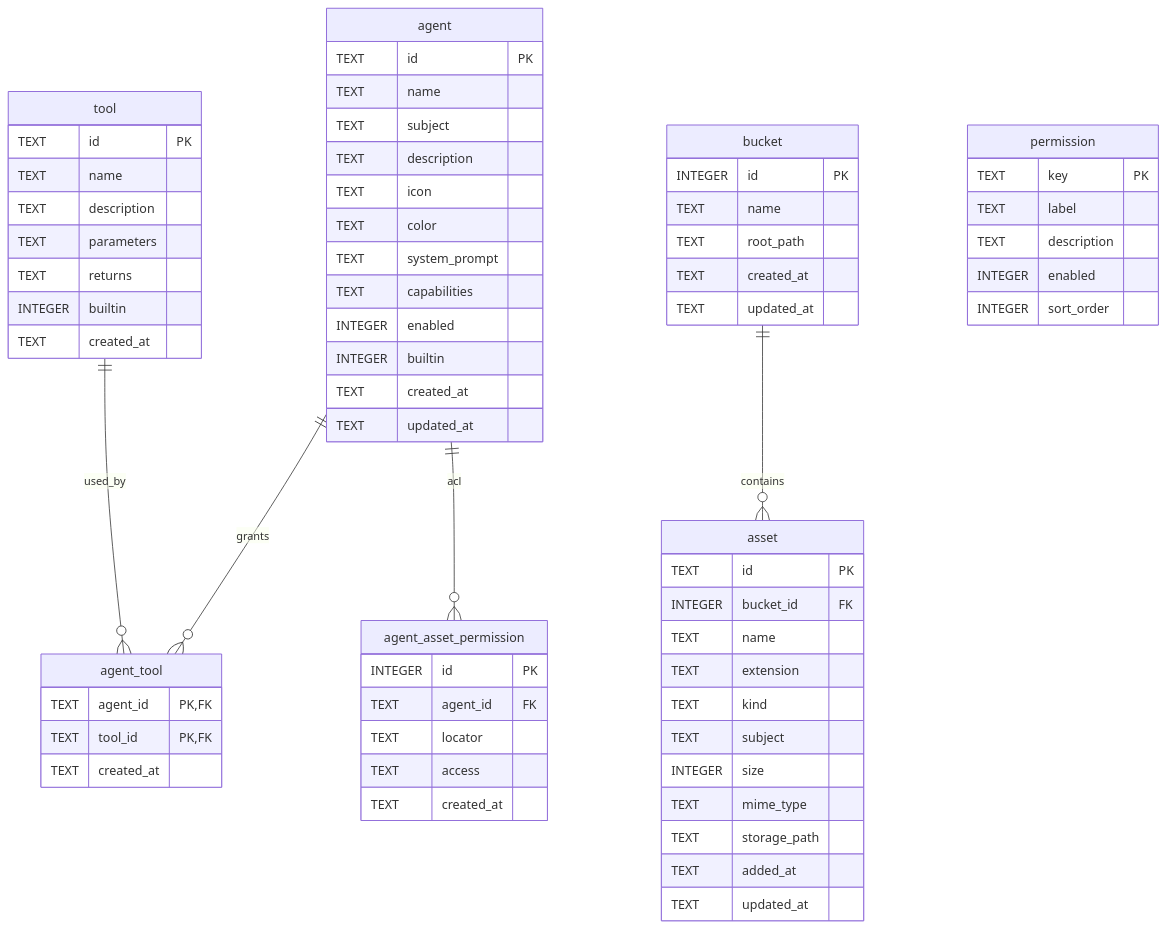
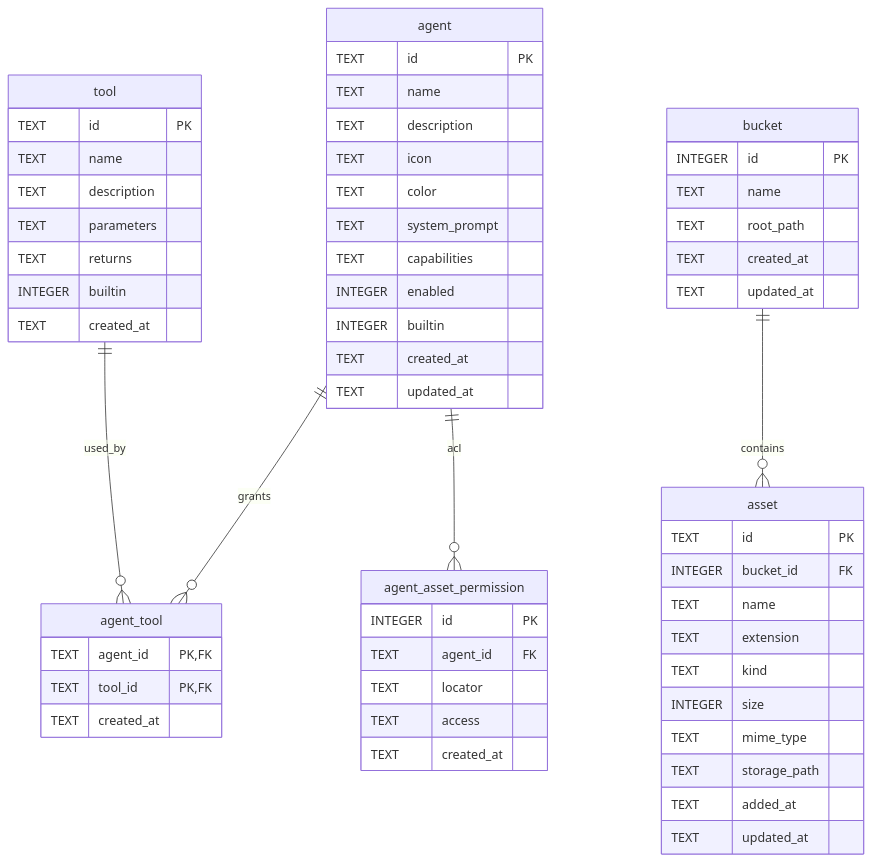
One commit to lzpoupl/LearningAgent changed the diagram in docs/agent_module_design.md. Above: the diagram before and after it, drawn with Mermaid. The commit also changed other lines of this file and 3 other files, not shown here.

````diff
--- a/docs/agent_module_design.md
+++ b/docs/agent_module_design.md
@@ -69,70 +73,61 @@
 ```mermaid
 erDiagram
     agent ||--o{ agent_tool : grants
     tool  ||--o{ agent_tool : used_by
     agent ||--o{ agent_asset_permission : acl
     bucket ||--o{ asset : contains
 
     agent {
         TEXT id PK
         TEXT name
-        TEXT subject
         TEXT description
         TEXT icon
         TEXT color
         TEXT system_prompt
         TEXT capabilities
         INTEGER enabled
         INTEGER builtin
         TEXT created_at
         TEXT updated_at
     }
     tool {
         TEXT id PK
         TEXT name
         TEXT description
         TEXT parameters
         TEXT returns
         INTEGER builtin
         TEXT created_at
     }
     agent_tool {
         TEXT agent_id PK,FK
         TEXT tool_id PK,FK
         TEXT created_at
     }
     agent_asset_permission {
         INTEGER id PK
         TEXT agent_id FK
         TEXT locator
         TEXT access
         TEXT created_at
     }
-    permission {
-        TEXT key PK
-        TEXT label
-        TEXT description
-        INTEGER enabled
-        INTEGER sort_order
-    }
     bucket {
         INTEGER id PK
         TEXT name
         TEXT root_path
         TEXT created_at
         TEXT updated_at
     }
     asset {
         TEXT id PK
         INTEGER bucket_id FK
         TEXT name
         TEXT extension
         TEXT kind
-        TEXT subject
         INTEGER size
         TEXT mime_type
         TEXT storage_path
         TEXT added_at
         TEXT updated_at
     }
 ```
````
